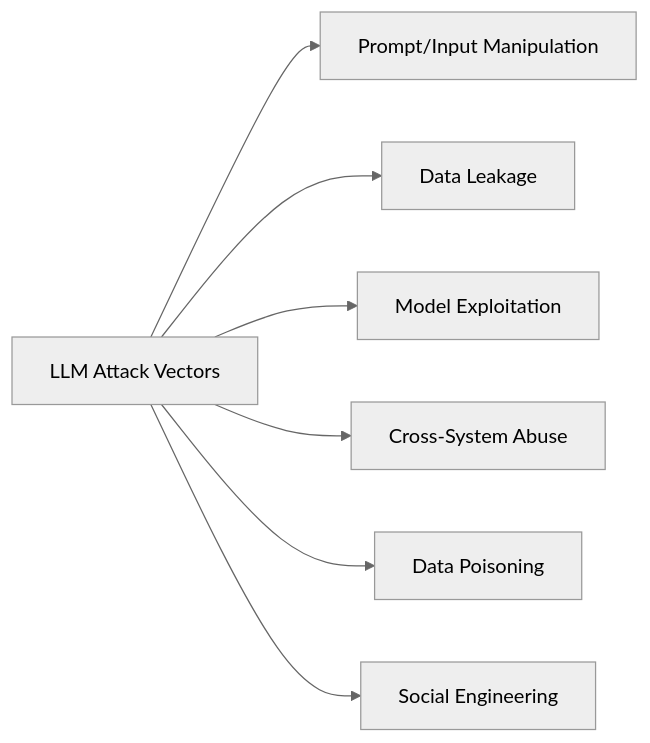
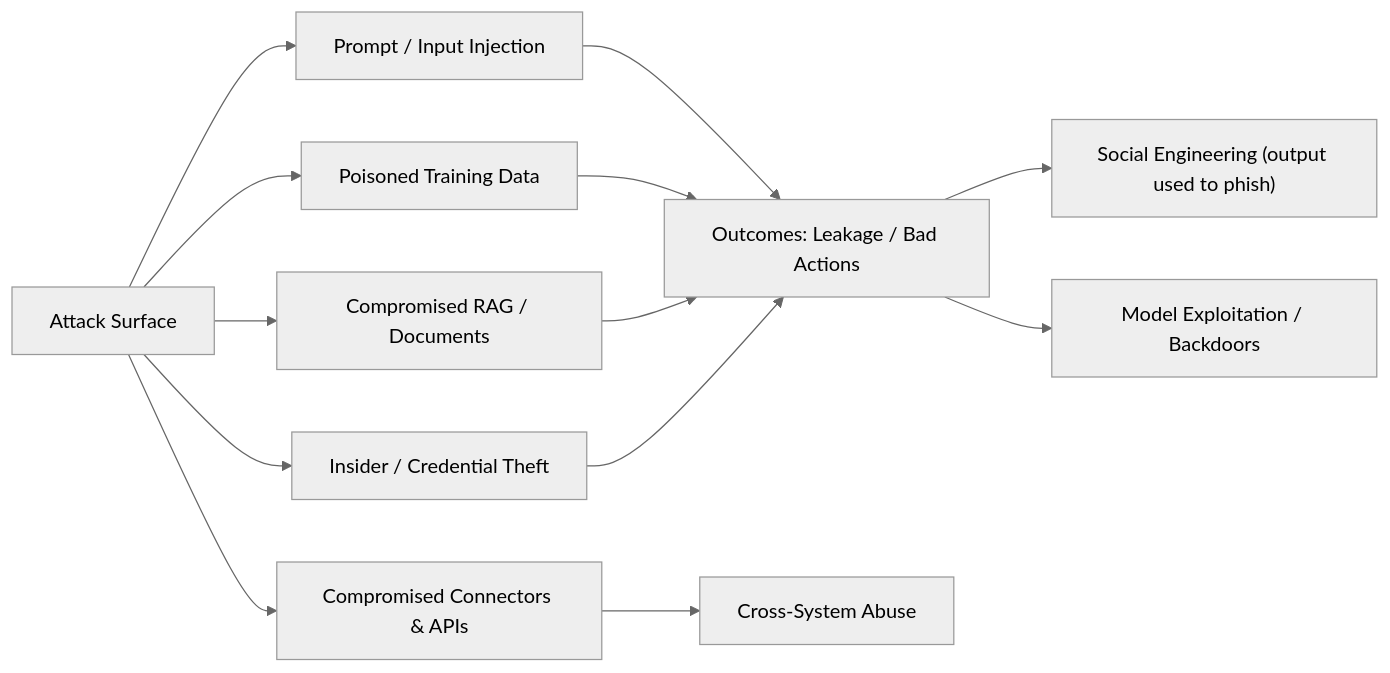
Before and after one commit to LifeTimeScriptKiddie/OpenNotes: the diagram in 3. LLM/3.4 Attack LLM/3.4.3. LLM Questioning Playbook.md, drawn with Mermaid (neutral theme).

Commit message:
minor updates

````diff
--- a/3. LLM/3.4 Attack LLM/3.4.3. LLM Questioning Playbook.md
+++ b/3. LLM/3.4 Attack LLM/3.4.3. LLM Questioning Playbook.md
@@ -3,9 +3,16 @@
 ```mermaid
 flowchart LR
-  A[LLM Attack Vectors] --> P[Prompt/Input Manipulation]
-  A --> D[Data Leakage]
-  A --> M[Model Exploitation]
-  A --> C[Cross-System Abuse]
-  A --> X[Data Poisoning]
-  A --> S[Social Engineering]
+  E[Attack Surface]
+  E --> PI[Prompt / Input Injection]
+  E --> TD[Poisoned Training Data]
+  E --> RAG[Compromised RAG / Documents]
+  E --> API[Compromised Connectors & APIs]
+  E --> INS[Insider / Credential Theft]
+  PI --> O[Outcomes: Leakage / Bad Actions]
+  TD --> O
+  RAG --> O
+  API --> C[Cross-System Abuse]
+  INS --> O
+  O --> S["Social Engineering (output used to phish)"]
+  O --> M[Model Exploitation / Backdoors]
 ```
````
